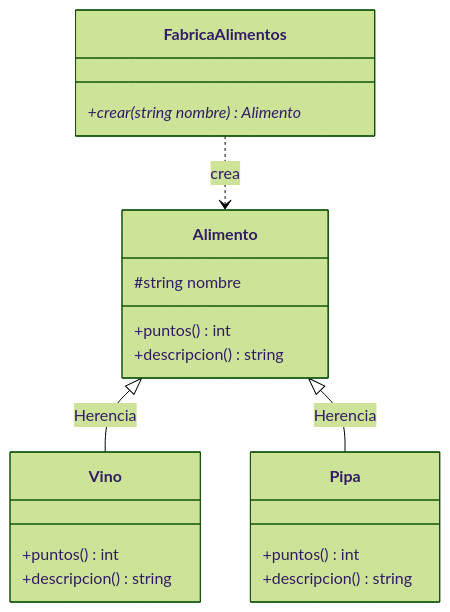
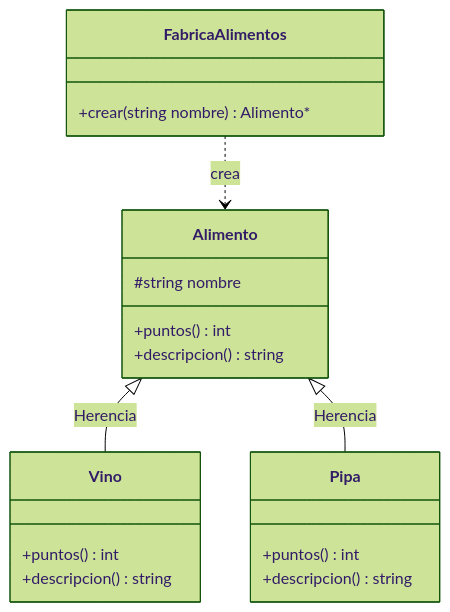
Diagram 11 of 16 in EJERCICIOS_PROPUESTOS.md (CursosProgramacionEP/PO_UTEC_Semana12), drawn with Mermaid (forest theme) before and after one commit. The commit also changed 13 other files, not shown here.

````diff
--- a/EJERCICIOS_PROPUESTOS.md
+++ b/EJERCICIOS_PROPUESTOS.md
@@ -257,22 +257,22 @@
 ```mermaid
 classDiagram
     class Alimento {
         #string nombre
         +puntos() int
         +descripcion() string
     }
     class Vino {
         +puntos() int
         +descripcion() string
     }
     class Pipa {
         +puntos() int
         +descripcion() string
     }
     class FabricaAlimentos {
-        +crear(string nombre) Alimento*
+        +crear(string nombre) Alimento#42;
     }
     Alimento <|-- Vino : Herencia
     Alimento <|-- Pipa : Herencia
     FabricaAlimentos ..> Alimento : crea
 ```
````
